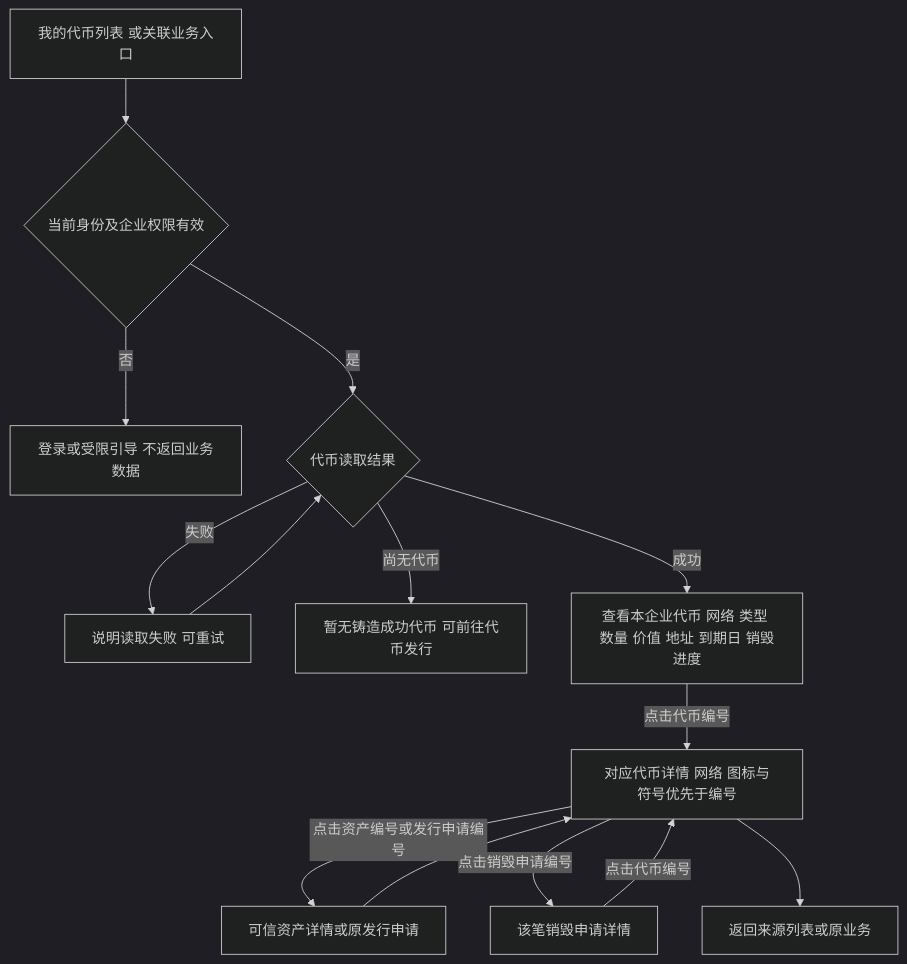
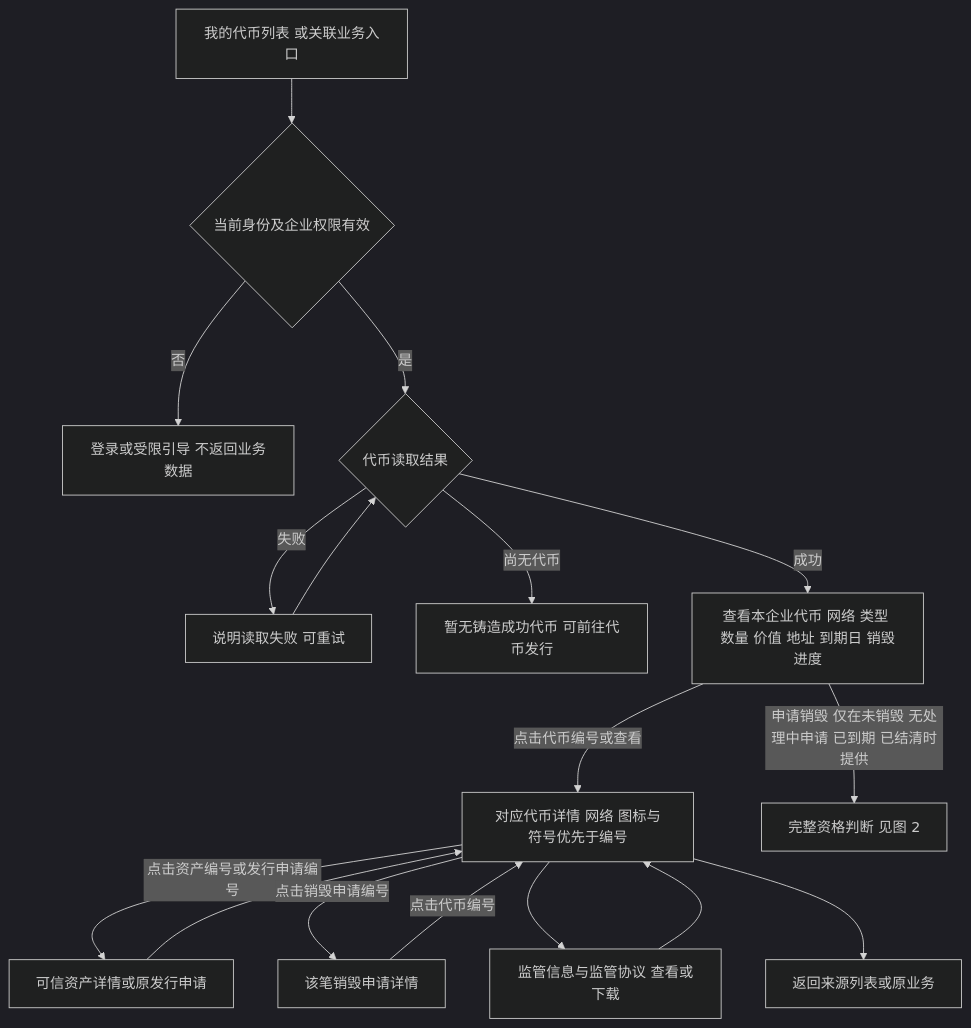
The first of 4 diagrams in token-issuance-platform/PRD/面客端/M4a-我的代币与销毁申请/02-我的代币与销毁申请-流程图与状态机.md (wxblockchain/Chain-Financing), drawn with Mermaid (dark theme) before and after one commit. The commit also changed other lines of this file and 3 other files, not shown here.

````diff
--- a/token-issuance-platform/PRD/面客端/M4a-我的代币与销毁申请/02-我的代币与销毁申请-流程图与状态机.md
+++ b/token-issuance-platform/PRD/面客端/M4a-我的代币与销毁申请/02-我的代币与销毁申请-流程图与状态机.md
@@ -17,16 +17,19 @@
 ```mermaid
 flowchart TD
     A[我的代币列表 或关联业务入口] --> B{当前身份及企业权限有效}
     B -->|否| C[登录或受限引导 不返回业务数据]
     B -->|是| D{代币读取结果}
     D -->|失败| E[说明读取失败 可重试]
     E --> D
     D -->|尚无代币| F[暂无铸造成功代币 可前往代币发行]
     D -->|成功| G[查看本企业代币 网络 类型 数量 价值 地址 到期日 销毁进度]
-    G -->|点击代币编号| H[对应代币详情 网络 图标与符号优先于编号]
+    G -->|点击代币编号或查看| H[对应代币详情 网络 图标与符号优先于编号]
+    G -->|申请销毁 仅在未销毁 无处理中申请 已到期 已结清时提供| X[完整资格判断 见图 2]
     H -->|点击资产编号或发行申请编号| I[可信资产详情或原发行申请]
     I --> H
     H -->|点击销毁申请编号| J[该笔销毁申请详情]
     J -->|点击代币编号| H
+    H --> P[监管信息与监管协议 查看或下载]
+    P --> H
     H --> K[返回来源列表或原业务]
 ```
````
